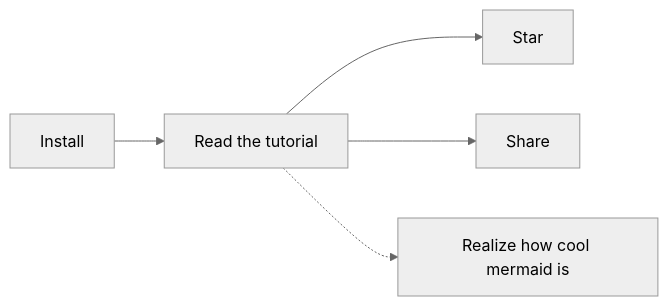
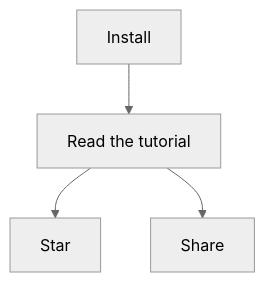
Before and after one commit to redsolver/noteless: the diagram in assets/tutorial/notes/05 - Notes.md, drawn with Mermaid (neutral theme). The commit also changed other lines of this file and 25 other files, not shown here.

````diff
--- a/assets/tutorial/notes/05 - Notes.md
+++ b/assets/tutorial/notes/05 - Notes.md
@@ -60,7 +50,6 @@
 ```mermaid
-graph LR
+graph TD
   Install --> Tutorial[Read the tutorial]
   Tutorial --> Star
   Tutorial --> Share
-  Tutorial -.-> mermaid[Realize how cool mermaid is]
 ```
````
